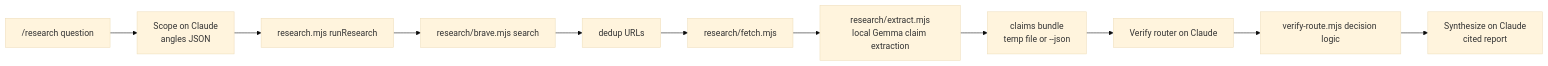
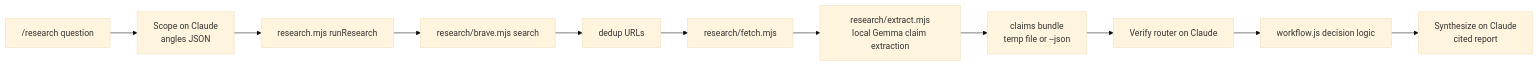
One commit to robinslange/learning-loop changed the fifth of 5 diagrams in ARCHITECTURE.md. Above: the diagram before and after it, drawn with Mermaid (base theme). The commit also changed other lines of this file and 22 other files, not shown here.

````diff
--- a/ARCHITECTURE.md
+++ b/ARCHITECTURE.md
@@ -238,13 +238,13 @@
 ```mermaid
 flowchart LR
   A["/research question"] --> B[Scope on Claude<br/>angles JSON]
   B --> C[research.mjs runResearch]
   C --> D[research/brave.mjs search]
   D --> E[dedup URLs]
   E --> F[research/fetch.mjs]
   F --> G[research/extract.mjs<br/>local Gemma claim extraction]
   G --> H[claims bundle<br/>temp file or --json]
   H --> I[Verify router on Claude]
-  I --> J[verify-route.mjs decision logic]
+  I --> J[workflow.js decision logic]
   J --> K[Synthesize on Claude<br/>cited report]
 ```
````
